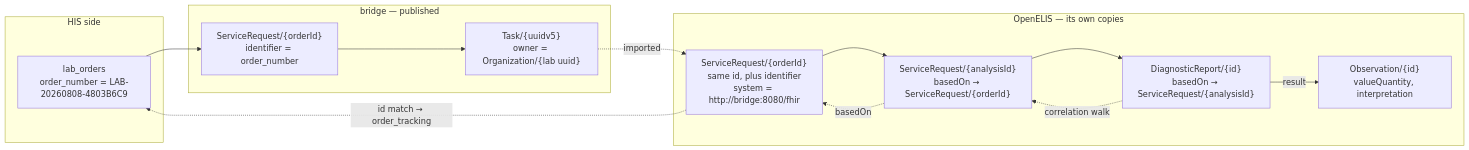
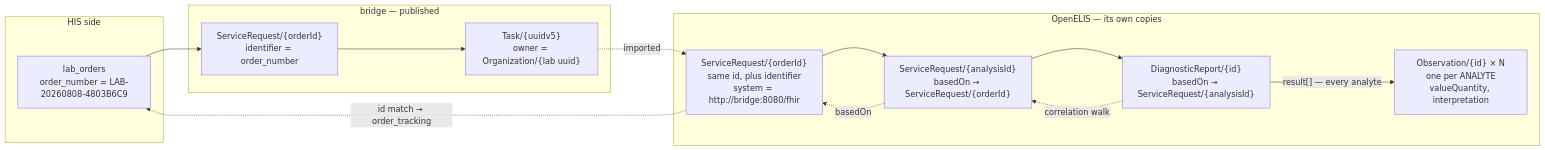
One commit to slim-nebula/openelis-his-sandbox changed the fifth of 7 diagrams in docs/data-flow.md. Above: the diagram before and after it, drawn with Mermaid. The commit also changed other lines of this file and 9 other files, not shown here.

````diff
--- a/docs/data-flow.md
+++ b/docs/data-flow.md
@@ -337,29 +349,29 @@
 ```mermaid
 flowchart LR
     subgraph HIS["HIS side"]
         ORD["lab_orders<br/>order_number = LAB-20260808-4803B6C9"]
     end
 
     subgraph BRG["bridge — published"]
         SR1["ServiceRequest/{orderId}<br/>identifier = order_number"]
         TSK["Task/{uuidv5}<br/>owner = Organization/{lab uuid}"]
     end
 
     subgraph OES["OpenELIS — its own copies"]
         SRC["ServiceRequest/{orderId}<br/>same id, plus identifier<br/>system = http://bridge:8080/fhir"]
         SR2["ServiceRequest/{analysisId}<br/>basedOn → ServiceRequest/{orderId}"]
         DR["DiagnosticReport/{id}<br/>basedOn → ServiceRequest/{analysisId}"]
-        OBS["Observation/{id}<br/>valueQuantity, interpretation"]
+        OBS["Observation/{id} × N<br/>one per ANALYTE<br/>valueQuantity, interpretation"]
     end
 
     ORD --> SR1
     SR1 --> TSK
     TSK -.->|"imported"| SRC
     SRC --> SR2
     SR2 --> DR
-    DR -->|result| OBS
+    DR -->|"result[] — every analyte"| OBS
 
     DR -.->|"correlation walk"| SR2
     SR2 -.->|"basedOn"| SRC
     SRC -.->|"id match → order_tracking"| ORD
 ```
````
